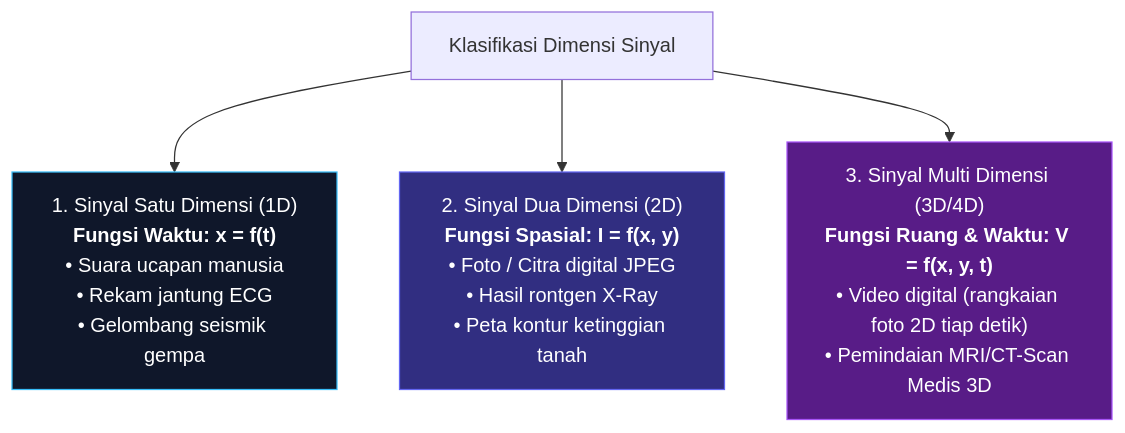
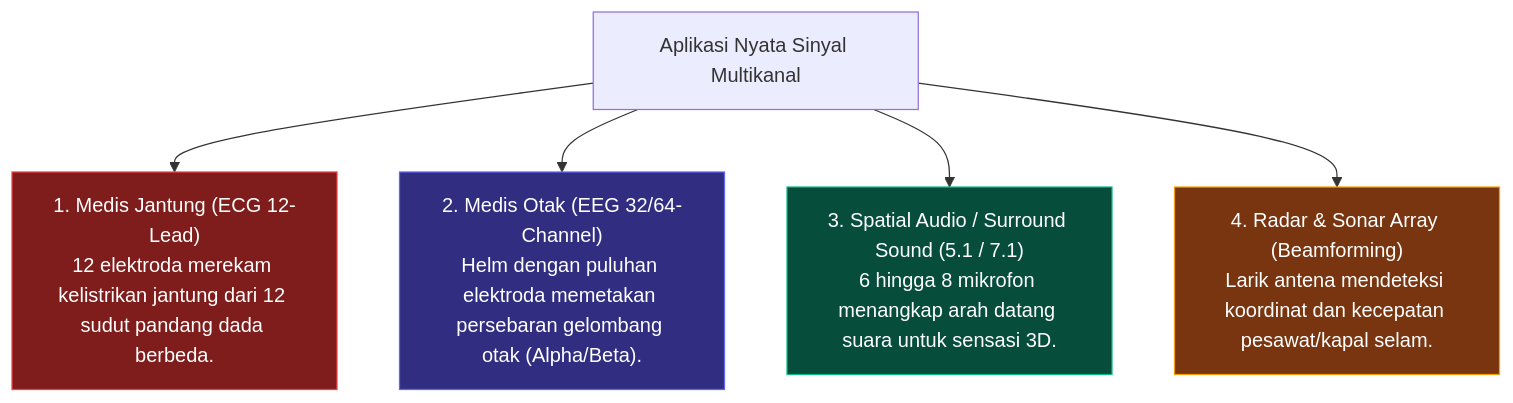
One commit to wheresabuy/PSD changed the second of 6 diagrams in README.md. Above: the diagram before and after it, drawn with Mermaid. The commit also changed other lines of this file and 1 other file, not shown here.

Commit message:
Add Sub-bab 1.3: Sinyal Multikanal (Multi-Channel Signals), Notasi Vektor & Matriks Spasio-Temporal, Contoh Kasus Nyata, dan Grafik Visual Asli

````diff
--- a/README.md
+++ b/README.md
@@ -61,12 +106,14 @@
 ```mermaid
 flowchart TD
-    Dimensi["Klasifikasi Dimensi Sinyal"]
+    Multi["Aplikasi Nyata Sinyal Multikanal"]
     
-    Dimensi --> D1["1. Sinyal Satu Dimensi (1D)<br><b>Fungsi Waktu: x = f(t)</b><br>• Suara ucapan manusia<br>• Rekam jantung ECG<br>• Gelombang seismik gempa"]
-    Dimensi --> D2["2. Sinyal Dua Dimensi (2D)<br><b>Fungsi Spasial: I = f(x, y)</b><br>• Foto / Citra digital JPEG<br>• Hasil rontgen X-Ray<br>• Peta kontur ketinggian tanah"]
-    Dimensi --> D3["3. Sinyal Multi Dimensi (3D/4D)<br><b>Fungsi Ruang & Waktu: V = f(x, y, t)</b><br>• Video digital (rangkaian foto 2D tiap detik)<br>• Pemindaian MRI/CT-Scan Medis 3D"]
+    Multi --> ECG["1. Medis Jantung (ECG 12-Lead)<br>12 elektroda merekam kelistrikan jantung dari 12 sudut pandang dada berbeda."]
+    Multi --> EEG["2. Medis Otak (EEG 32/64-Channel)<br>Helm dengan puluhan elektroda memetakan persebaran gelombang otak (Alpha/Beta)."]
+    Multi --> Audio["3. Spatial Audio / Surround Sound (5.1 / 7.1)<br>6 hingga 8 mikrofon menangkap arah datang suara untuk sensasi 3D."]
+    Multi --> Radar["4. Radar & Sonar Array (Beamforming)<br>Larik antena mendeteksi koordinat dan kecepatan pesawat/kapal selam."]
 
-    style D1 fill:#0f172a,stroke:#38bdf8,color:#fff
-    style D2 fill:#312e81,stroke:#6366f1,color:#fff
-    style D3 fill:#581c87,stroke:#a855f7,color:#fff
+    style ECG fill:#7f1d1d,stroke:#ef4444,color:#fff
+    style EEG fill:#312e81,stroke:#6366f1,color:#fff
+    style Audio fill:#064e3b,stroke:#10b981,color:#fff
+    style Radar fill:#78350f,stroke:#f59e0b,color:#fff
 ```
````
